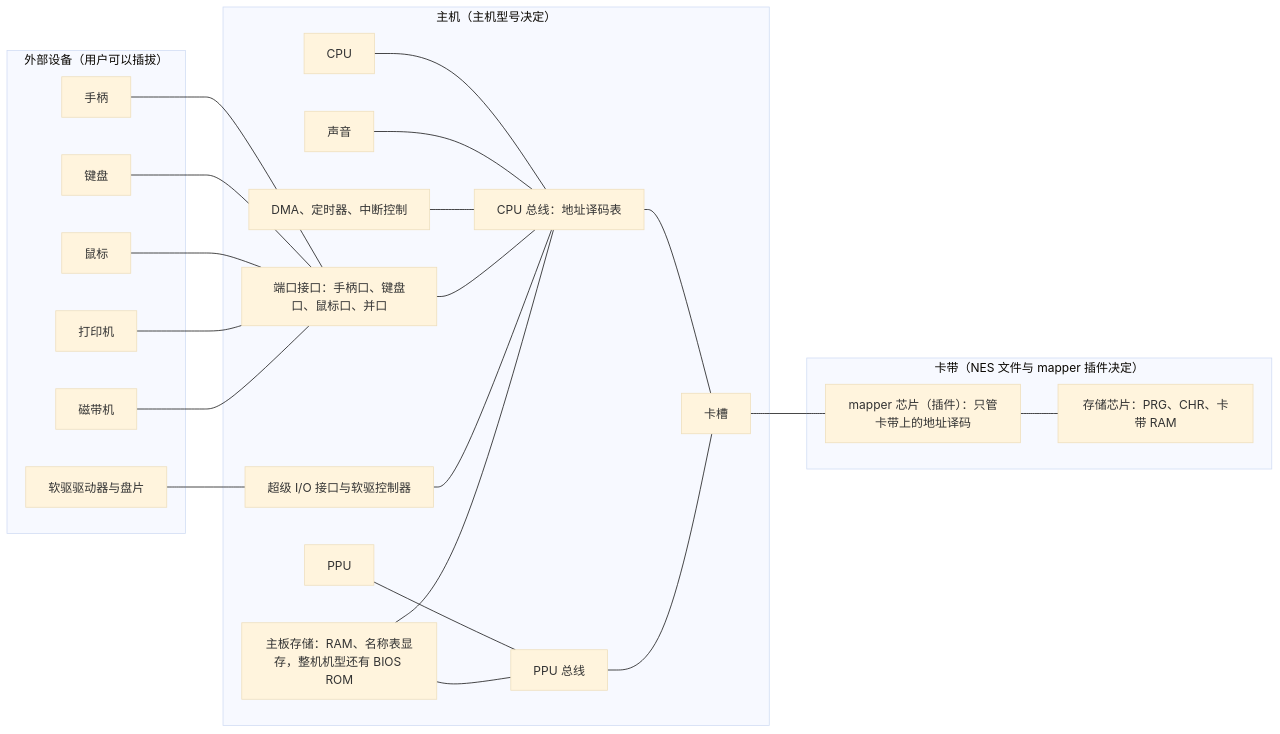
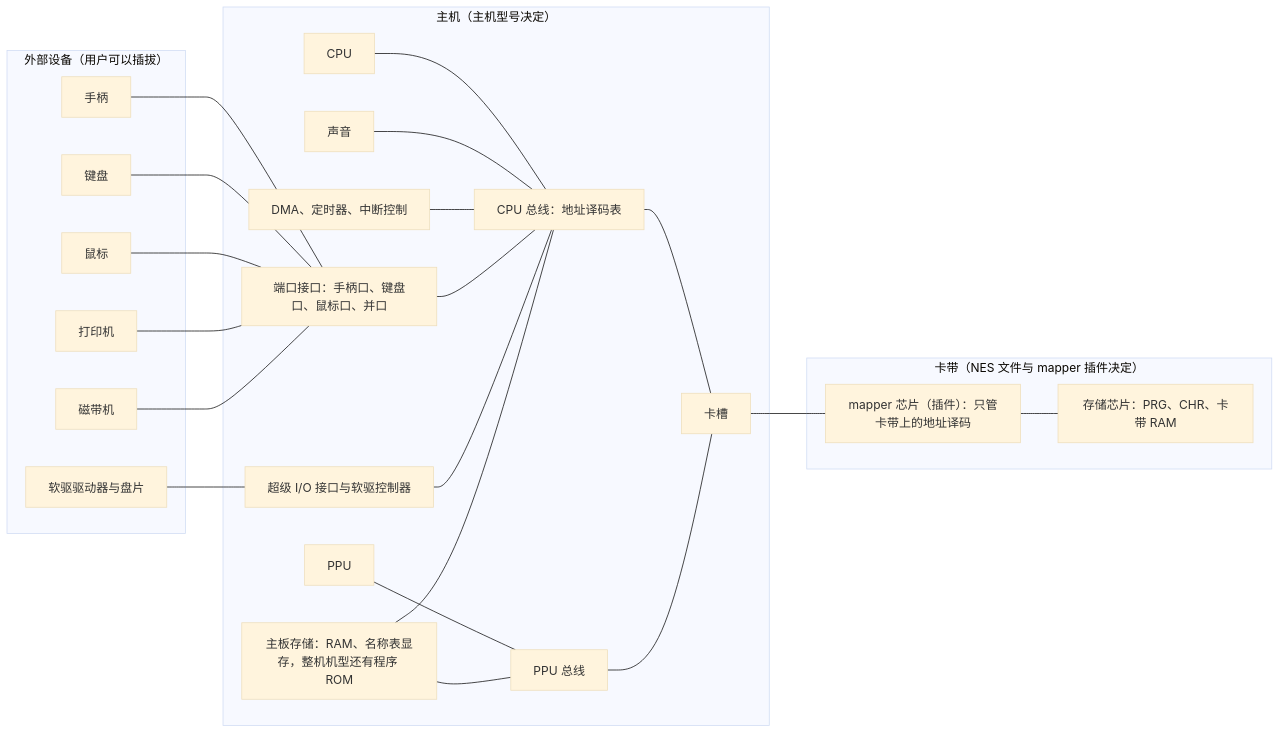
One commit to sungbindev/famiclone changed the diagram in ember/docs/02-硬件模块.md. Above: the diagram before and after it, drawn with Mermaid (base theme). The commit also changed other lines of this file and 138 other files, not shown here.

First line of the commit message:
金字塔学习机做成内置机型 pec9588、pec586，“机型与 BIOS”改名为“机型与 ROM”，ember/rom 改为 ember/roms

````diff
--- a/ember/docs/02-硬件模块.md
+++ b/ember/docs/02-硬件模块.md
@@ -29,45 +29,45 @@
 ```mermaid
 flowchart LR
   subgraph MACHINE["主机（主机型号决定）"]
     CPU["CPU"]
     PPU["PPU"]
     SND["声音"]
     CBUS["CPU 总线：地址译码表"]
     PBUS["PPU 总线"]
-    BOARD["主板存储：RAM、名称表显存，整机机型还有 BIOS ROM"]
+    BOARD["主板存储：RAM、名称表显存，整机机型还有程序 ROM"]
     DMA["DMA、定时器、中断控制"]
     PORTIF["端口接口：手柄口、键盘口、鼠标口、并口"]
     SIO["超级 I/O 接口与软驱控制器"]
     SLOT["卡槽"]
   end
   subgraph EXT["外部设备（用户可以插拔）"]
     PAD["手柄"]
     KBD["键盘"]
     MOUSE["鼠标"]
     PRINTER["打印机"]
     TAPE["磁带机"]
     FDD["软驱驱动器与盘片"]
   end
   subgraph CART["卡带（NES 文件与 mapper 插件决定）"]
     MAP["mapper 芯片（插件）：只管卡带上的地址译码"]
     ROM["存储芯片：PRG、CHR、卡带 RAM"]
   end
   CPU --- CBUS
   PPU --- PBUS
   SND --- CBUS
   DMA --- CBUS
   PORTIF --- CBUS
   SIO --- CBUS
   BOARD --- CBUS
   BOARD --- PBUS
   CBUS --- SLOT
   PBUS --- SLOT
   PAD --- PORTIF
   KBD --- PORTIF
   MOUSE --- PORTIF
   PRINTER --- PORTIF
   TAPE --- PORTIF
   FDD --- SIO
   SLOT --- MAP
   MAP --- ROM
 ```
````
